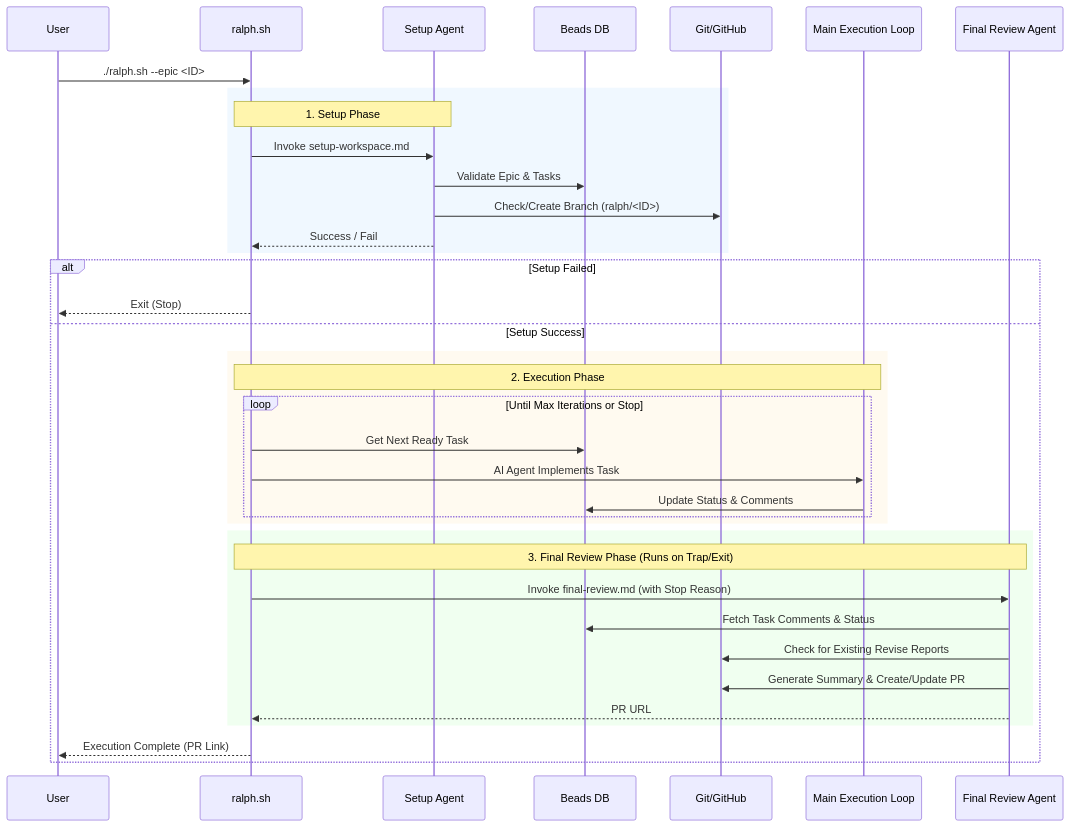
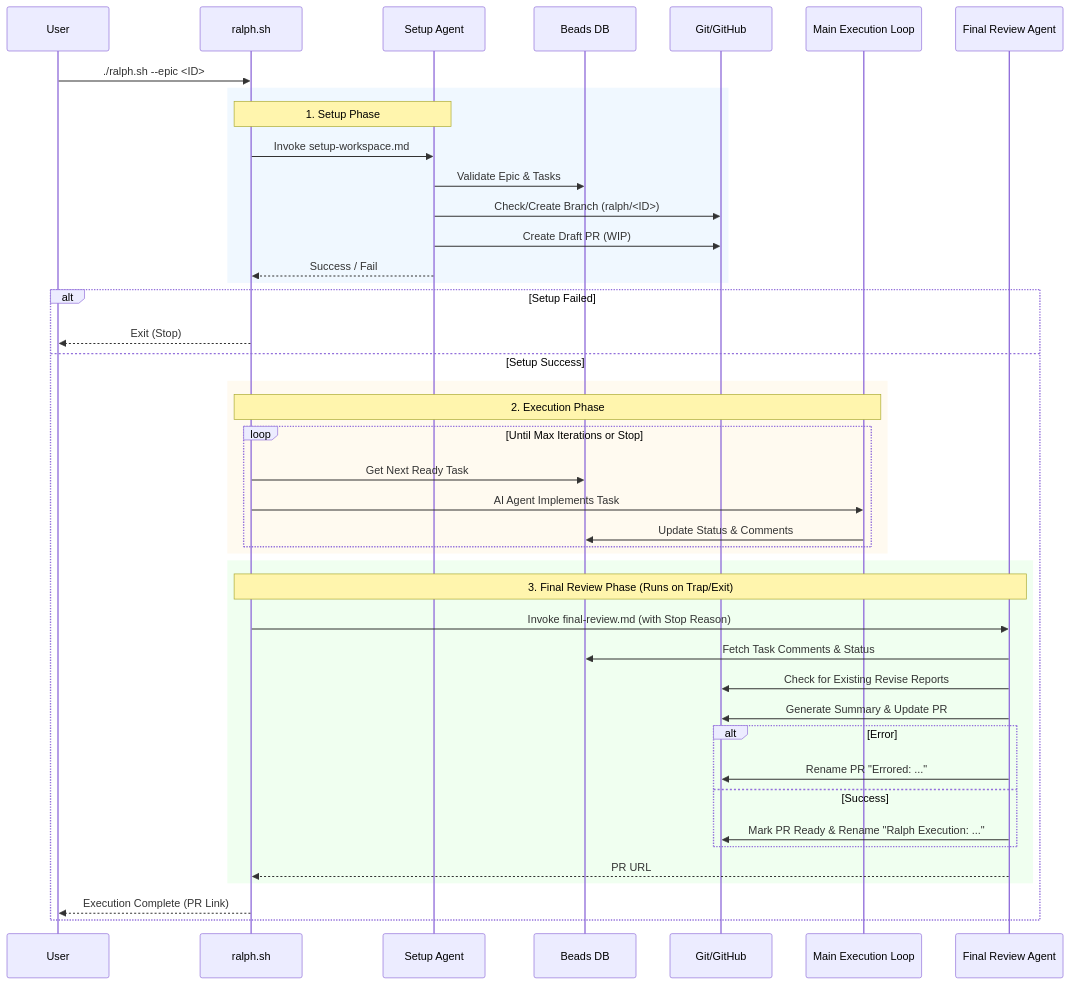
Before and after one commit to lambda-curry/devagent: the diagram in .devagent/plugins/ralph/autonomous-execution-flow.md, drawn with Mermaid. The commit also changed 2 other files, not shown here.

Commit message:
feat(ralph): improve PR lifecycle management
- setup-agent: create draft PR immediately for early visibility
- final-review: conditionally update PR title (Errored vs Success)
- final-review: mark PR as ready for review on successful completion
- docs: update autonomous execution flow diagram

````diff
--- a/.devagent/plugins/ralph/autonomous-execution-flow.md
+++ b/.devagent/plugins/ralph/autonomous-execution-flow.md
@@ -5,44 +5,50 @@
 ```mermaid
 sequenceDiagram
     participant User
     participant RalphScript as ralph.sh
     participant SetupAgent as Setup Agent
     participant BeadsDB as Beads DB
     participant Git as Git/GitHub
     participant Execution as Main Execution Loop
     participant FinalAgent as Final Review Agent
 
     User->>RalphScript: ./ralph.sh --epic <ID>
 
     rect rgb(240, 248, 255)
         Note over RalphScript, SetupAgent: 1. Setup Phase
         RalphScript->>SetupAgent: Invoke setup-workspace.md
         SetupAgent->>BeadsDB: Validate Epic & Tasks
         SetupAgent->>Git: Check/Create Branch (ralph/<ID>)
+        SetupAgent->>Git: Create Draft PR (WIP)
         SetupAgent-->>RalphScript: Success / Fail
     end
 
     alt Setup Failed
         RalphScript-->>User: Exit (Stop)
     else Setup Success
         rect rgb(255, 250, 240)
             Note over RalphScript, Execution: 2. Execution Phase
             loop Until Max Iterations or Stop
                 RalphScript->>BeadsDB: Get Next Ready Task
                 RalphScript->>Execution: AI Agent Implements Task
                 Execution->>BeadsDB: Update Status & Comments
             end
         end
 
         rect rgb(240, 255, 240)
             Note over RalphScript, FinalAgent: 3. Final Review Phase (Runs on Trap/Exit)
             RalphScript->>FinalAgent: Invoke final-review.md (with Stop Reason)
             FinalAgent->>BeadsDB: Fetch Task Comments & Status
             FinalAgent->>Git: Check for Existing Revise Reports
-            FinalAgent->>Git: Generate Summary & Create/Update PR
+            FinalAgent->>Git: Generate Summary & Update PR
+            alt Error
+                FinalAgent->>Git: Rename PR "Errored: ..."
+            else Success
+                FinalAgent->>Git: Mark PR Ready & Rename "Ralph Execution: ..."
+            end
             FinalAgent-->>RalphScript: PR URL
         end
 
         RalphScript-->>User: Execution Complete (PR Link)
     end
 ```
````
